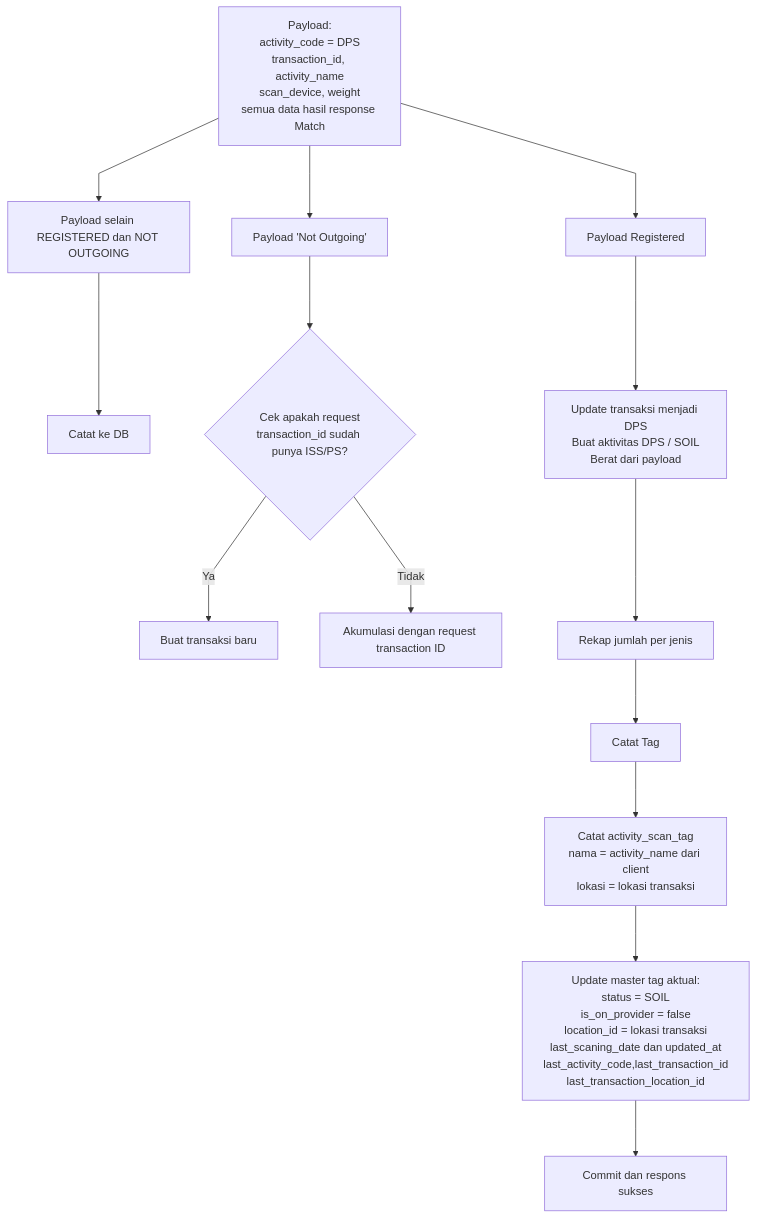
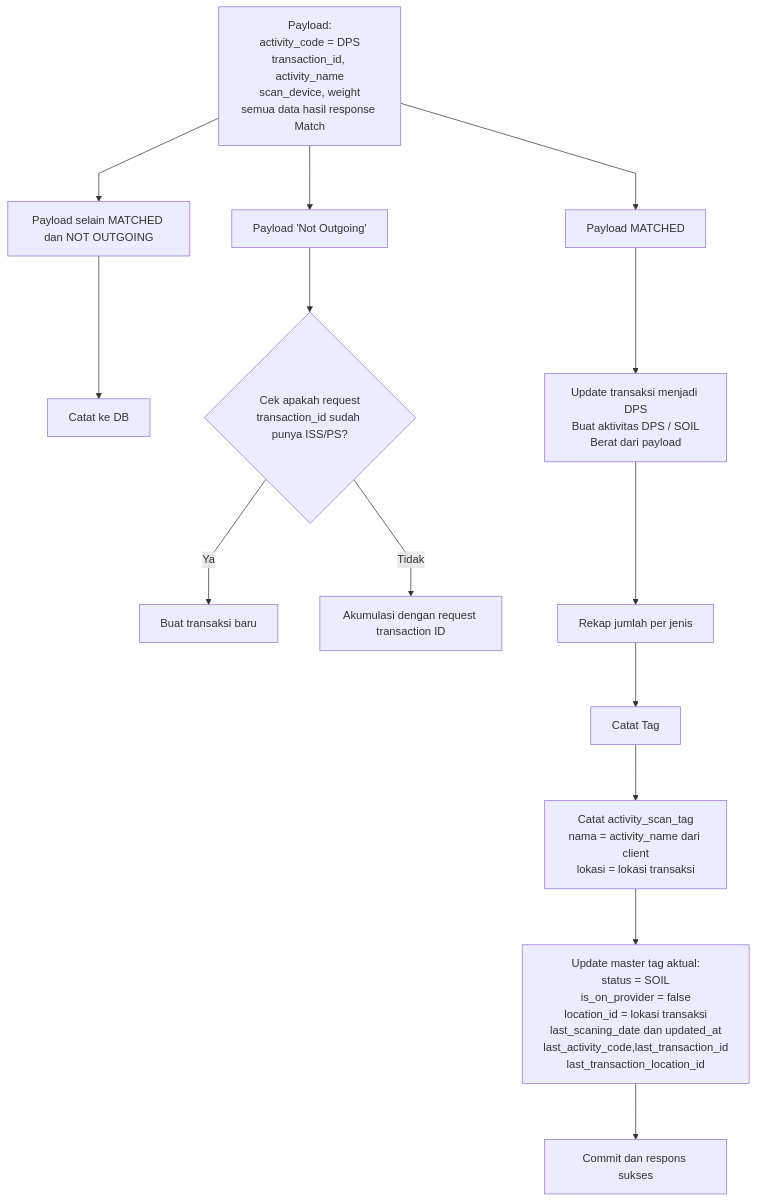
The third of 3 diagrams in laundry-activities/driver-pickup-soil.md (bagaskrmn/bac-flow-laundry), drawn with Mermaid before and after one commit. The commit also changed other lines of this file and 1 other file, not shown here.

Commit message:
fix  OSS dan DPS

````diff
--- a/laundry-activities/driver-pickup-soil.md
+++ b/laundry-activities/driver-pickup-soil.md
@@ -46,23 +46,23 @@
 ```mermaid
 %%{init: {'flowchart': {'curve': 'linear', 'nodeSpacing': 60, 'rankSpacing': 80, 'diagramPadding': 24}}}%%
 flowchart TD
     N_IN["Payload:<br/>activity_code = DPS<br/>transaction_id, activity_name<br/>scan_device, weight<br/>semua data hasil response Match"]
-    N_IN --> N_NMATCH["Payload selain REGISTERED dan NOT OUTGOING"]
+    N_IN --> N_NMATCH["Payload selain MATCHED dan NOT OUTGOING"]
     N_NMATCH --> N_NOTES["Catat ke DB"]
-    N_IN --> N_MATCH["Payload Registered"]
+    N_IN --> N_MATCH["Payload MATCHED"]
     N_MATCH --> N_ACT["Update transaksi menjadi DPS<br/>Buat aktivitas DPS / SOIL<br/>Berat dari payload"]
     N_IN -->N_OSS2["Payload 'Not Outgoing'"]
     N_OSS2 -->N_ISSPS{"Cek apakah request<br/>transaction_id sudah punya ISS/PS?"}
     N_ISSPS -->|Ya| N_CREATETRX["Buat transaksi baru"]
     N_ISSPS -->|Tidak| N_ACCUMULATE["Akumulasi dengan request transaction ID"]
 
 
     N_ACT --> N_QTY["Rekap jumlah per jenis"]
 
     N_QTY --> N_REAL["Catat Tag"]
     N_REAL --> N_SCAN["Catat activity_scan_tag<br/>nama = activity_name dari client<br/>lokasi = lokasi transaksi"]
     N_SCAN --> N_MASTER["Update master tag aktual:<br/>status = SOIL<br/>is_on_provider = false<br/>location_id = lokasi transaksi<br/>last_scaning_date dan updated_at<br/>last_activity_code,last_transaction_id<br/>last_transaction_location_id"]
     N_MASTER --> N_DONE["Commit dan respons sukses"]
 
     class N_NMATCH,N_NOTES,N_OSS2,N_ISSPS,N_CREATETRX,N_ACCUMULATE danger
 ```
````
